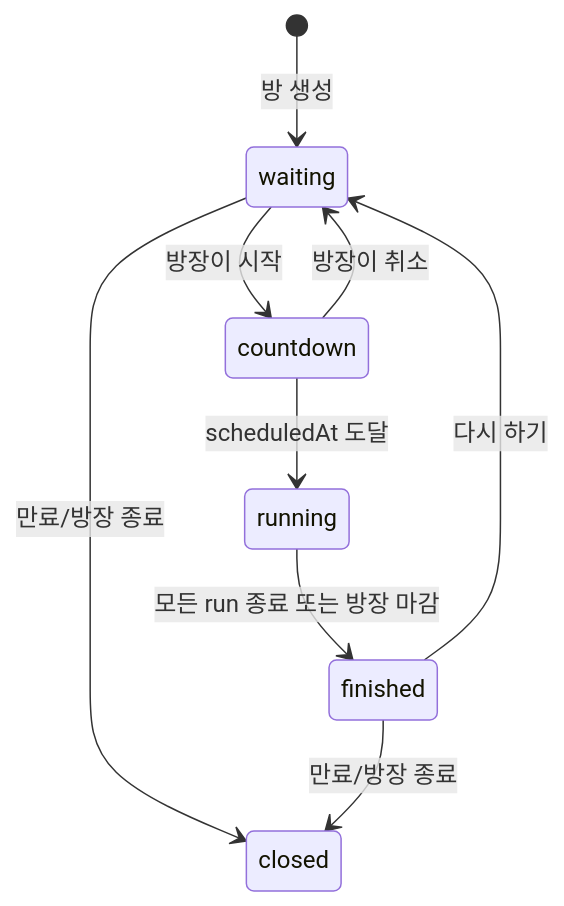
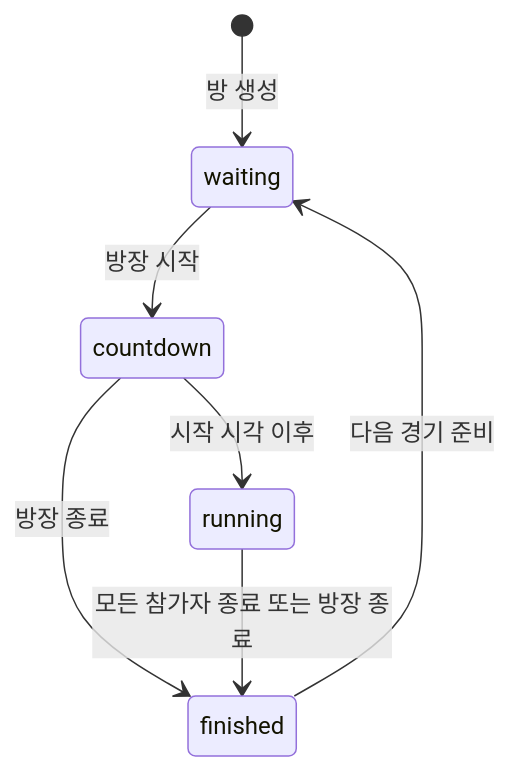
The third of 4 diagrams in docs/아키텍처.md (deepria/wikirunner), drawn with Mermaid before and after one commit. The commit also changed other lines of this file and 9 other files, not shown here.

````diff
--- a/docs/아키텍처.md
+++ b/docs/아키텍처.md
@@ -386,11 +104,9 @@
 ```mermaid
 stateDiagram-v2
     [*] --> waiting: 방 생성
-    waiting --> countdown: 방장이 시작
-    countdown --> waiting: 방장이 취소
-    countdown --> running: scheduledAt 도달
-    running --> finished: 모든 run 종료 또는 방장 마감
-    finished --> waiting: 다시 하기
-    waiting --> closed: 만료/방장 종료
-    finished --> closed: 만료/방장 종료
+    waiting --> countdown: 방장 시작
+    countdown --> running: 시작 시각 이후
+    countdown --> finished: 방장 종료
+    running --> finished: 모든 참가자 종료 또는 방장 종료
+    finished --> waiting: 다음 경기 준비
 ```
````
